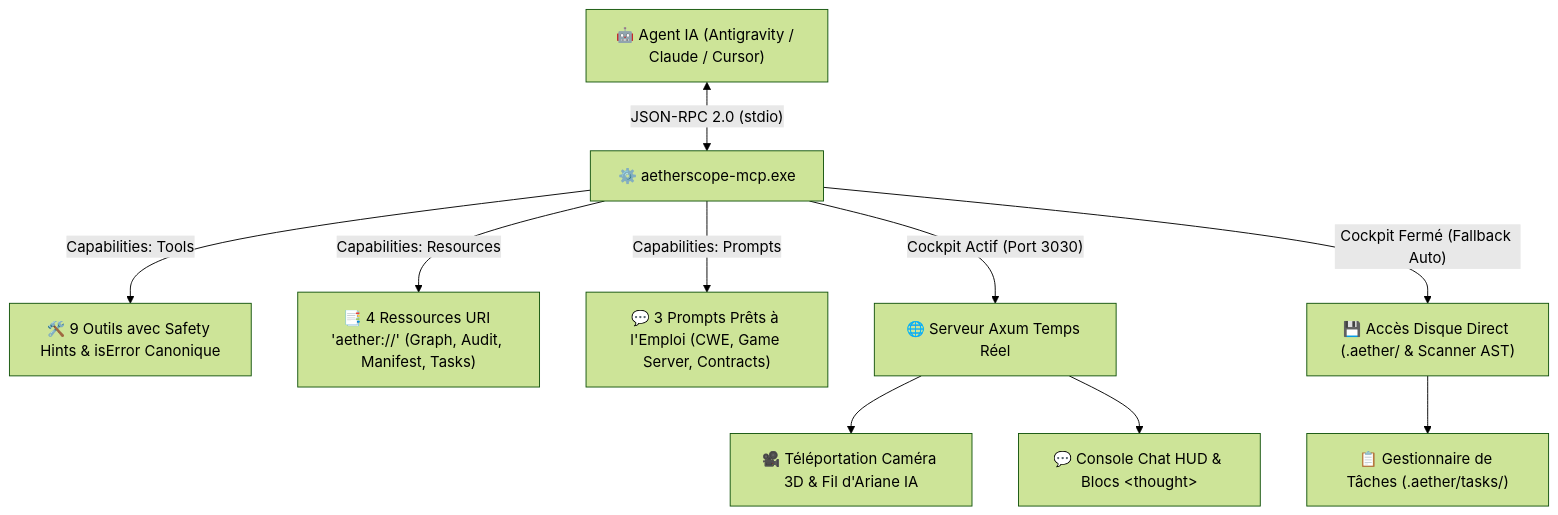
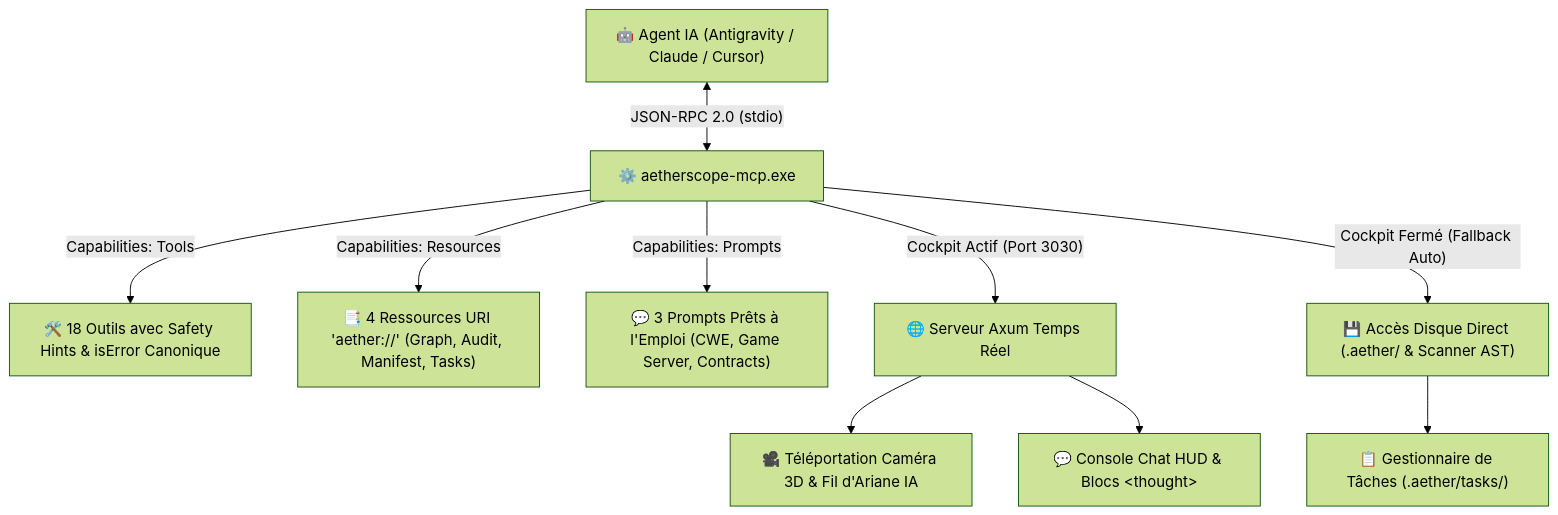
Before and after one commit to maxxwwim/AetherSAST-150-CWE-MCP: the diagram in README.md, drawn with Mermaid (forest theme). The commit also changed other lines of this file and 42 other files, not shown here.

Commit message:
feat(vault): add native Obsidian vault detection, dual-vision WebGL2 switcher & MCP tools (v2.2.1)

````diff
--- a/README.md
+++ b/README.md
@@ -239,12 +259,12 @@
 ```mermaid
 flowchart TD
     AI["🤖 Agent IA (Antigravity / Claude / Cursor)"] <-->|"JSON-RPC 2.0 (stdio)"| MCP["⚙️ aetherscope-mcp.exe"]
-    MCP -->|"Capabilities: Tools"| TOOLS["🛠️ 9 Outils avec Safety Hints & isError Canonique"]
+    MCP -->|"Capabilities: Tools"| TOOLS["🛠️ 18 Outils avec Safety Hints & isError Canonique"]
     MCP -->|"Capabilities: Resources"| RES["📑 4 Ressources URI 'aether://' (Graph, Audit, Manifest, Tasks)"]
     MCP -->|"Capabilities: Prompts"| PROMPTS["💬 3 Prompts Prêts à l'Emploi (CWE, Game Server, Contracts)"]
     MCP -->|"Cockpit Actif (Port 3030)"| LIVE["🌐 Serveur Axum Temps Réel"]
     MCP -->|"Cockpit Fermé (Fallback Auto)"| DISK["💾 Accès Disque Direct (.aether/ & Scanner AST)"]
     LIVE --> CAM["🎥 Téléportation Caméra 3D & Fil d'Ariane IA"]
     LIVE --> CHAT["💬 Console Chat HUD & Blocs &lt;thought&gt;"]
     DISK --> TASKS["📋 Gestionnaire de Tâches (.aether/tasks/)"]
 ```
````
